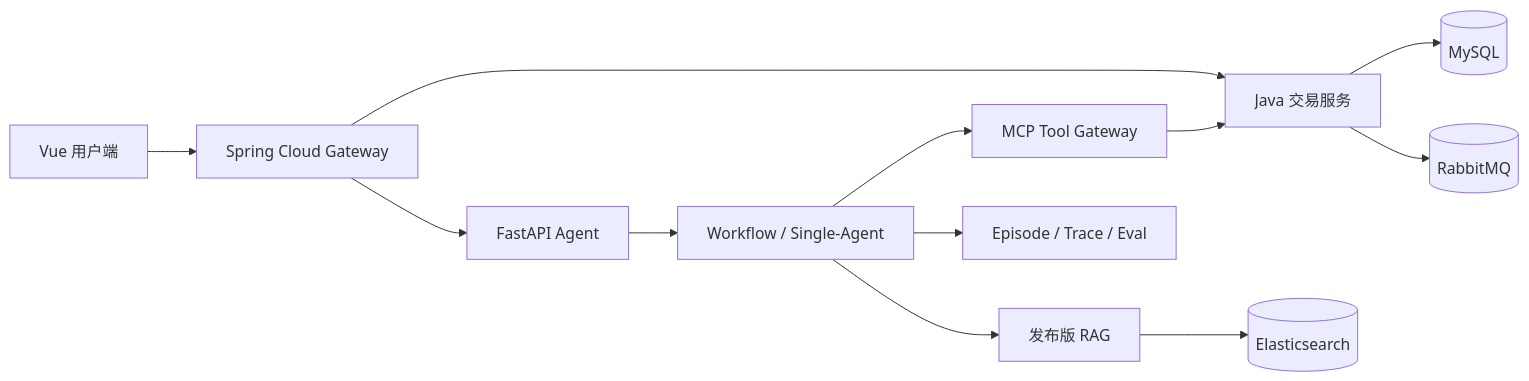
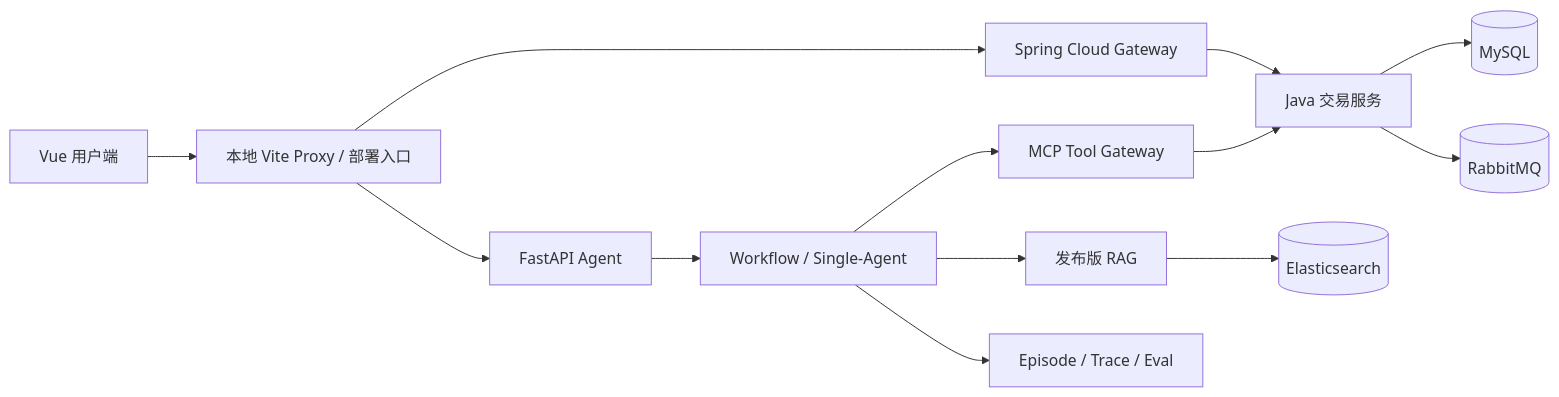
The diagram in docs/architecture.md (LittleSongxx/AI_Shop), drawn with Mermaid before and after one commit. The commit also changed other lines of this file and 6 other files, not shown here.

````diff
--- a/docs/architecture.md
+++ b/docs/architecture.md
@@ -5,14 +5,15 @@
 ```mermaid
 flowchart LR
-    UI[Vue 用户端] --> GW[Spring Cloud Gateway]
+    UI[Vue 用户端] --> INGRESS[本地 Vite Proxy / 部署入口]
+    INGRESS --> GW[Spring Cloud Gateway]
+    INGRESS --> API[FastAPI Agent]
     GW --> JAVA[Java 交易服务]
-    GW --> API[FastAPI Agent]
     API --> GRAPH[Workflow / Single-Agent]
     GRAPH --> RAG[发布版 RAG]
     GRAPH --> MCP[MCP Tool Gateway]
     MCP --> JAVA
     JAVA --> DB[(MySQL)]
     JAVA --> MQ[(RabbitMQ)]
     RAG --> ES[(Elasticsearch)]
     GRAPH --> EP[Episode / Trace / Eval]
 ```
````
